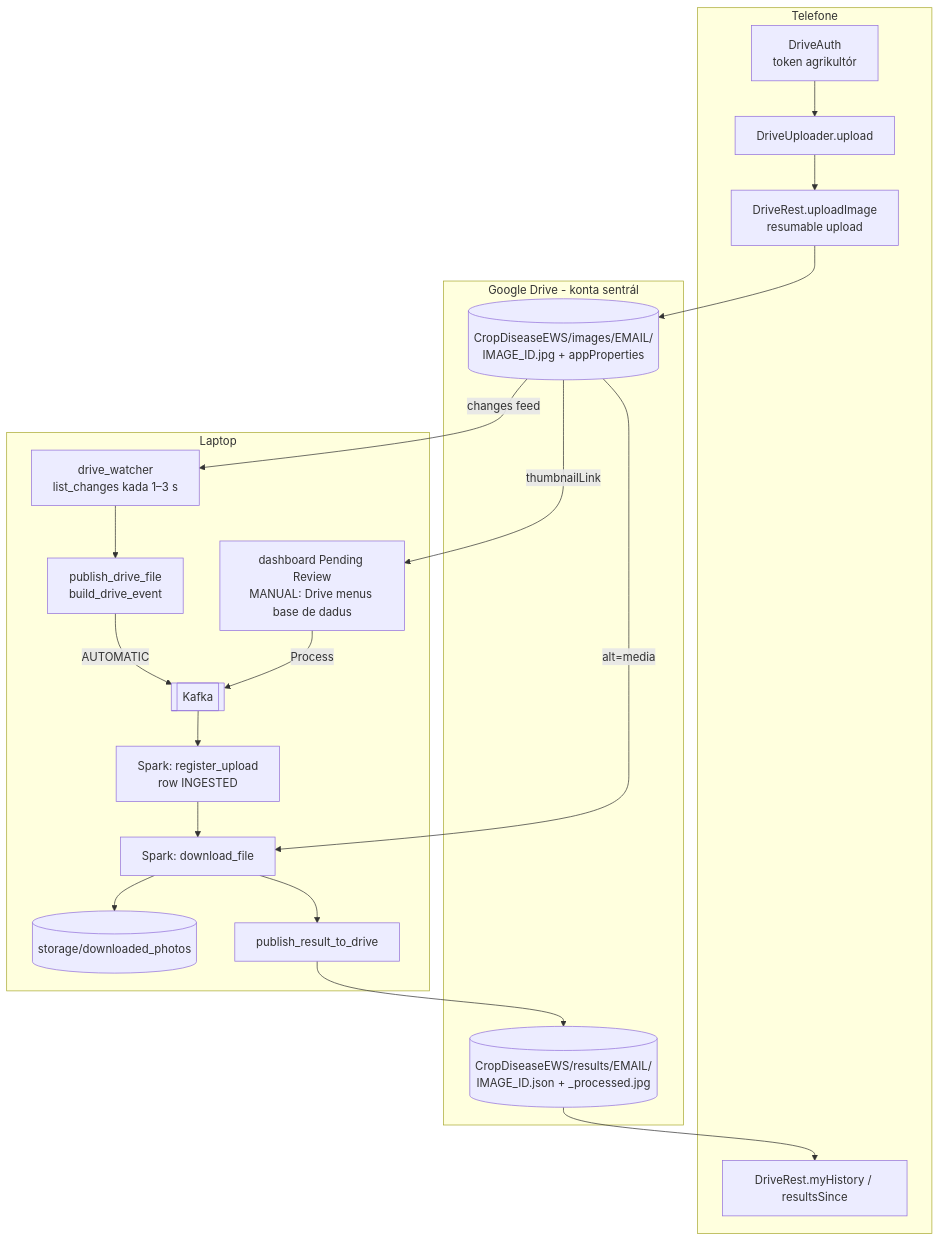
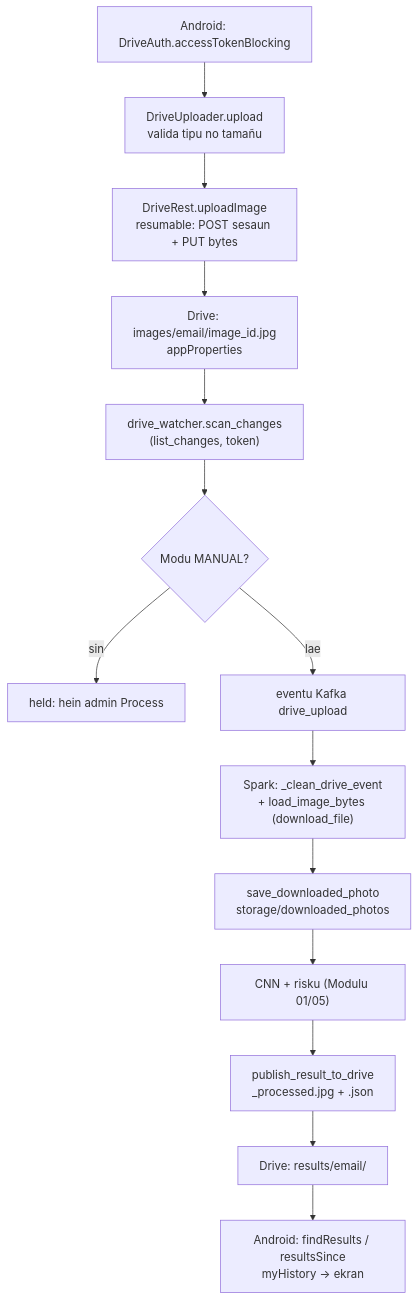
The first of 3 diagrams in documentation/technical_modules/src/03_google_drive_module.md (AOD-collab/-crop-disease-ews), drawn with Mermaid before and after one commit. The commit also changed other lines of this file and 41 other files, not shown here.

````diff
--- a/documentation/technical_modules/src/03_google_drive_module.md
+++ b/documentation/technical_modules/src/03_google_drive_module.md
@@ -60,27 +127,16 @@
 ```mermaid
 flowchart TD
-    subgraph Telefone
-      A[DriveAuth<br/>token agrikultór] --> U[DriveUploader.upload]
-      U --> R1[DriveRest.uploadImage<br/>resumable upload]
-      H[DriveRest.myHistory / resultsSince]
-    end
-    subgraph Drive[Google Drive - konta sentrál]
-      IMG[(CropDiseaseEWS/images/EMAIL/<br/>IMAGE_ID.jpg + appProperties)]
-      RES[(CropDiseaseEWS/results/EMAIL/<br/>IMAGE_ID.json + _processed.jpg)]
-    end
-    subgraph Laptop
-      W[drive_watcher<br/>list_changes kada 1–3 s] --> PUBW[publish_drive_file<br/>build_drive_event]
-      PUBW -- "AUTOMATIC" --> K[[Kafka]]
-      PEND[dashboard Pending Review<br/>MANUAL: Drive menus base de dadus] -- "Process" --> K
-      K --> ING[Spark: register_upload<br/>row INGESTED]
-      ING --> SP[Spark: download_file]
-      SP --> LC[(storage/downloaded_photos)]
-      SP --> PUB[publish_result_to_drive]
-    end
-    R1 --> IMG
-    IMG -- "changes feed" --> W
-    IMG -- "thumbnailLink" --> PEND
-    IMG -- "alt=media" --> SP
-    PUB --> RES
-    RES --> H
+    A["Android: DriveAuth.accessTokenBlocking"] --> B["DriveUploader.upload<br/>valida tipu no tamañu"]
+    B --> C["DriveRest.uploadImage<br/>resumable: POST sesaun + PUT bytes"]
+    C --> D["Drive: images/email/image_id.jpg<br/>appProperties"]
+    D --> E["drive_watcher.scan_changes<br/>(list_changes, token)"]
+    E --> F{"Modu MANUAL?"}
+    F -- sin --> G["held: hein admin Process"]
+    F -- lae --> H["eventu Kafka drive_upload"]
+    H --> I["Spark: _clean_drive_event<br/>+ load_image_bytes (download_file)"]
+    I --> J["save_downloaded_photo<br/>storage/downloaded_photos"]
+    J --> K["CNN + risku (Modulu 01/05)"]
+    K --> L["publish_result_to_drive<br/>_processed.jpg + .json"]
+    L --> M["Drive: results/email/"]
+    M --> N["Android: findResults / resultsSince<br/>myHistory → ekran"]
 ```
````
